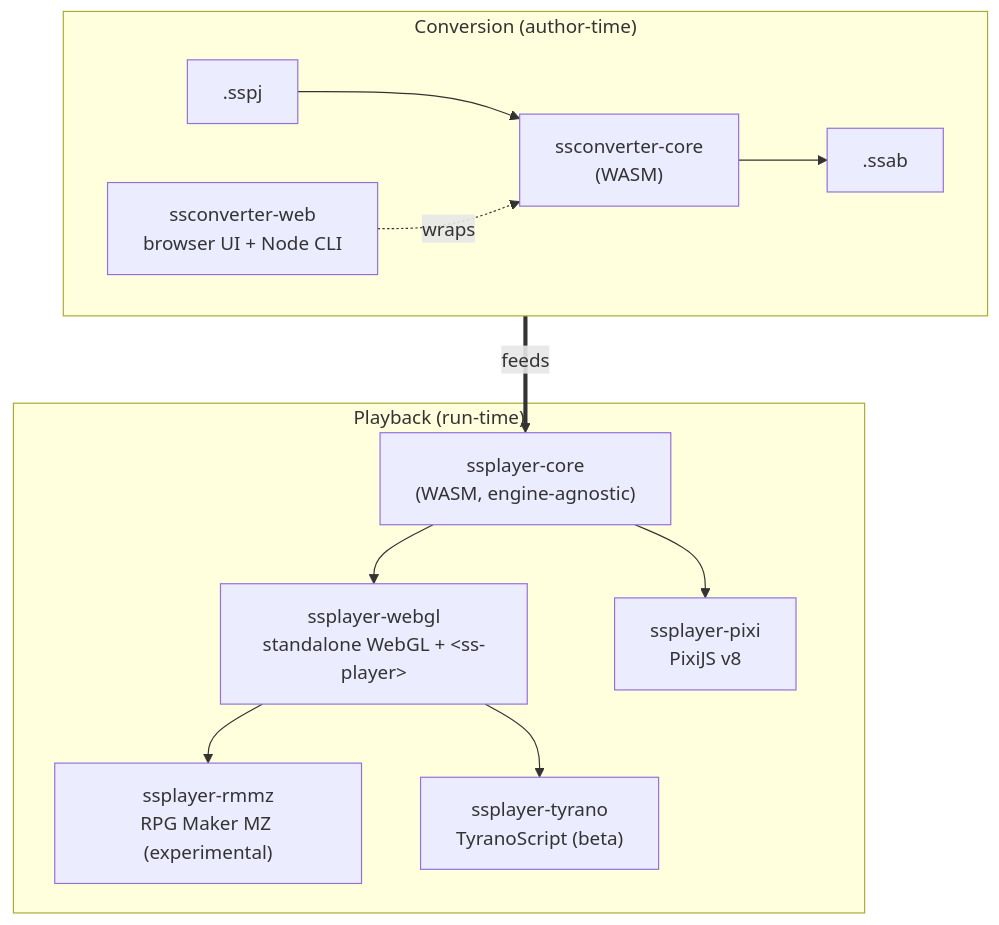
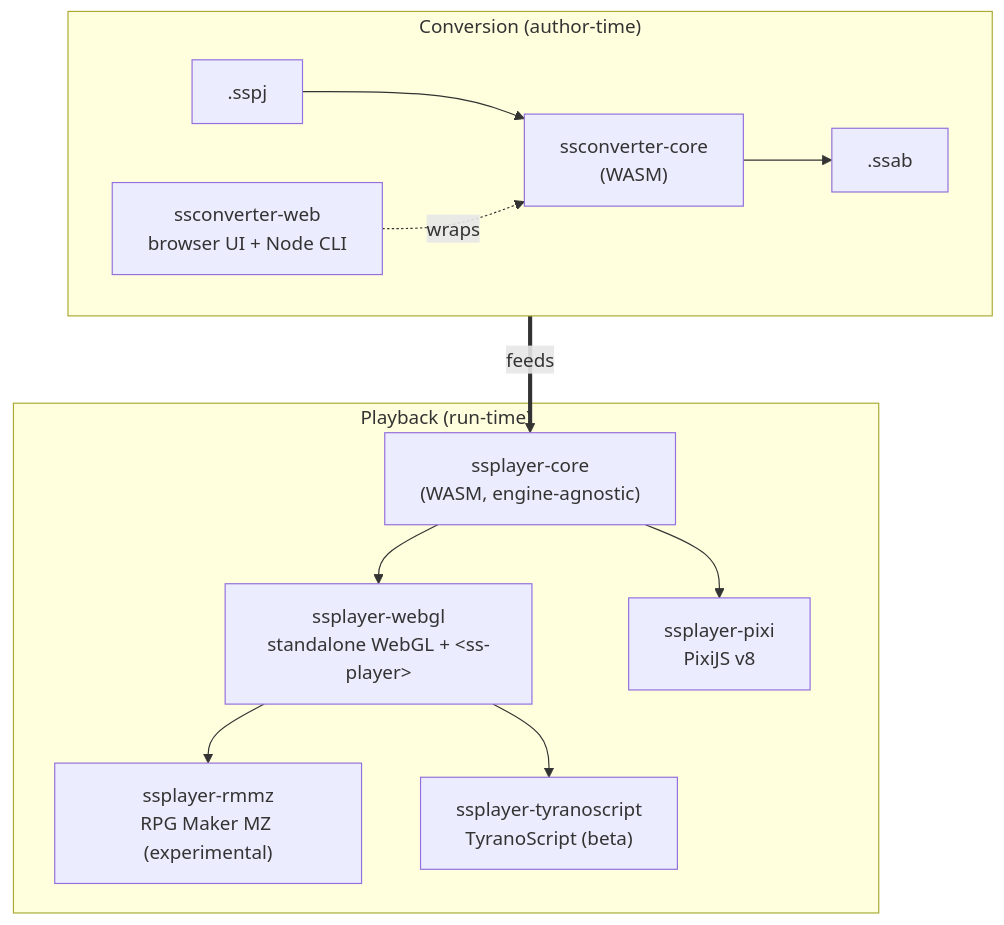
Before and after one commit to cri-middleware/SSPlayerForWeb: the diagram in README.md, drawn with Mermaid. The commit also changed other lines of this file and 48 other files, not shown here.

First line of the commit message:
refactor: rename ssplayer-tyrano to ssplayer-tyranoscript

````diff
--- a/README.md
+++ b/README.md
@@ -103,22 +103,22 @@
 ```mermaid
 flowchart TD
     subgraph conv ["Conversion (author-time)"]
         direction LR
         sspj[".sspj"] --> convcore["ssconverter-core<br/>(WASM)"] --> ssab[".ssab"]
         convweb["ssconverter-web<br/>browser UI + Node CLI"] -. wraps .-> convcore
     end
 
     subgraph play ["Playback (run-time)"]
         core["ssplayer-core<br/>(WASM, engine-agnostic)"]
         webgl["ssplayer-webgl<br/>standalone WebGL + &lt;ss-player&gt;"]
         pixi["ssplayer-pixi<br/>PixiJS v8"]
         rmmz["ssplayer-rmmz<br/>RPG Maker MZ (experimental)"]
-        tyrano["ssplayer-tyrano<br/>TyranoScript (beta)"]
+        tyrano["ssplayer-tyranoscript<br/>TyranoScript (beta)"]
         core --> webgl
         core --> pixi
         webgl --> rmmz
         webgl --> tyrano
     end
 
     ssab ==>|feeds| core
 ```
````
